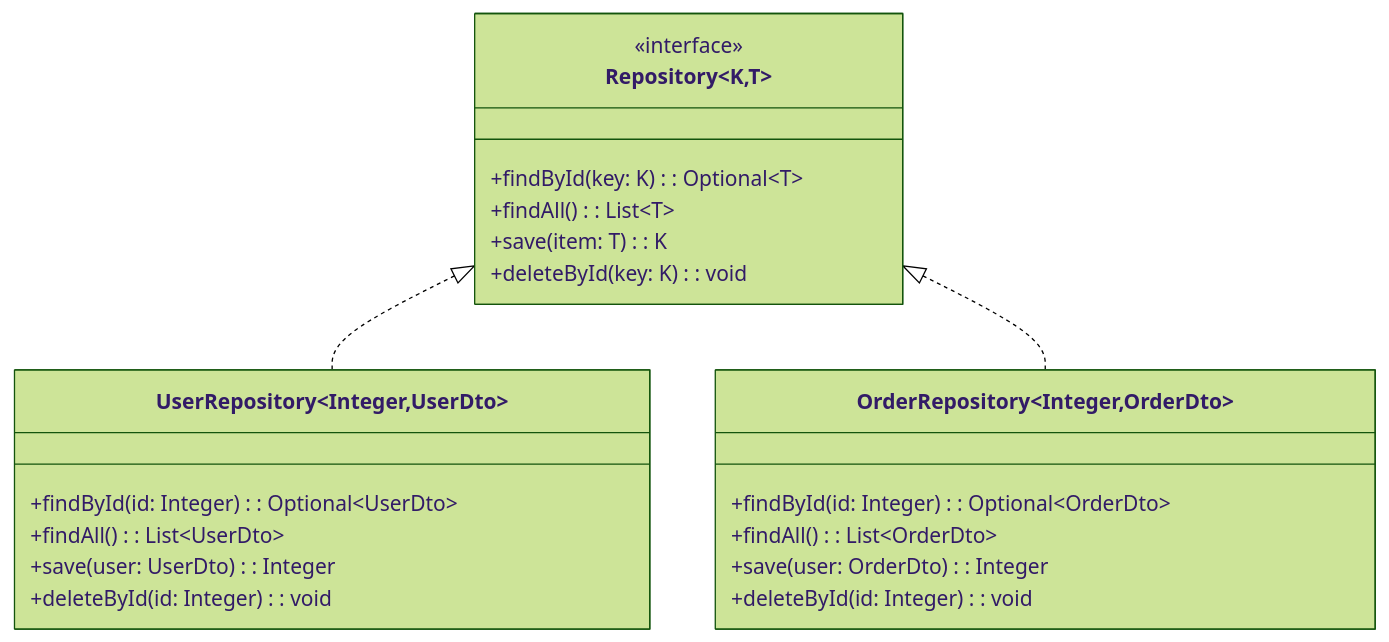
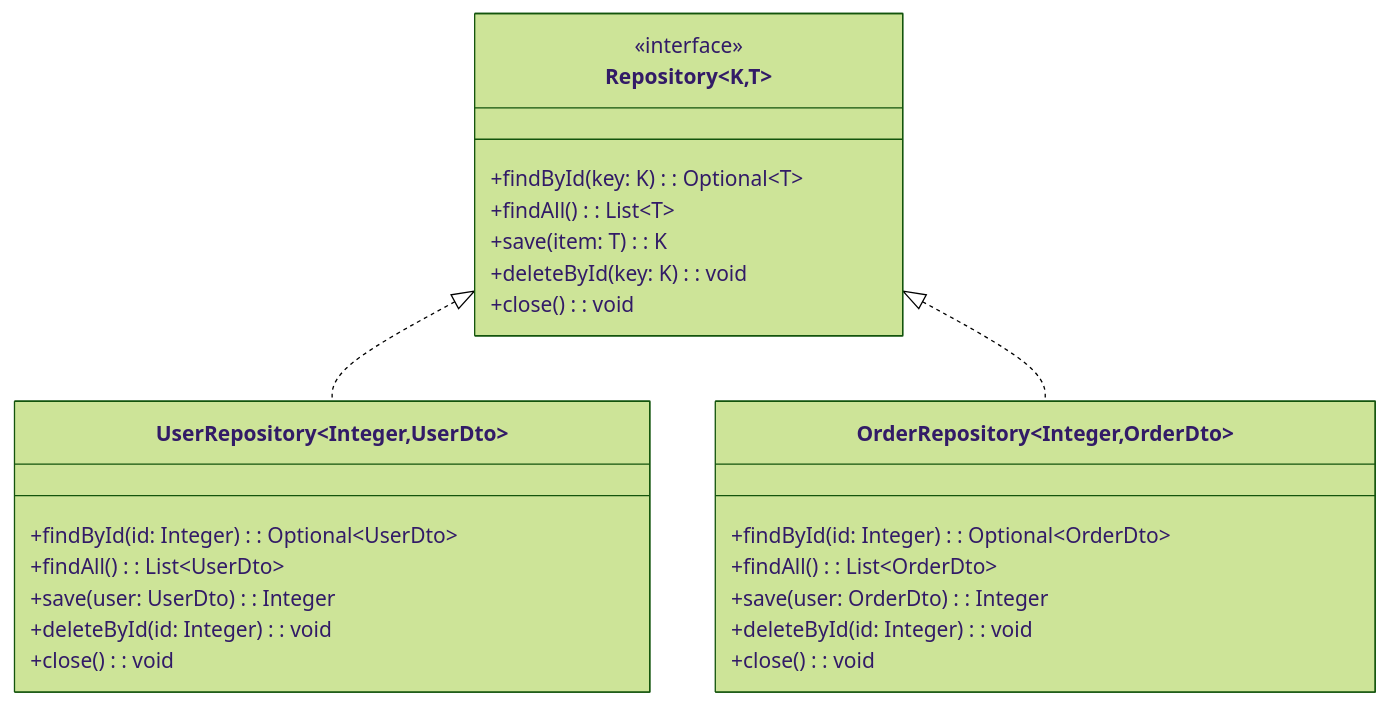
The diagram in docs/TD 04 - Java Database Connectivity/ex06-repository.md (esibru/4prj1d-labos), drawn with Mermaid (forest theme) before and after one commit. The commit also changed other lines of this file, not shown here.

````diff
--- a/docs/TD 04 - Java Database Connectivity/ex06-repository.md
+++ b/docs/TD 04 - Java Database Connectivity/ex06-repository.md
@@ -258,27 +287,30 @@
 ```mermaid
 classDiagram
     class Repository~K,T~ {
         <<interface>>
         +findById(key: K): Optional~T~
         +findAll(): List~T~
         +save(item: T): K
         +deleteById(key: K): void
+        +close(): void
     }
 
     class UserRepository~Integer,UserDto~ {
         +findById(id: Integer): Optional~UserDto~
         +findAll(): List~UserDto~
         +save(user: UserDto): Integer
         +deleteById(id: Integer): void
+        +close(): void
     }
 
     class OrderRepository~Integer,OrderDto~ {
         +findById(id: Integer): Optional~OrderDto~
         +findAll(): List~OrderDto~
         +save(user: OrderDto): Integer
         +deleteById(id: Integer): void
+        +close(): void
     }
 
     Repository <|.. UserRepository
     Repository <|.. OrderRepository
 ```
````
